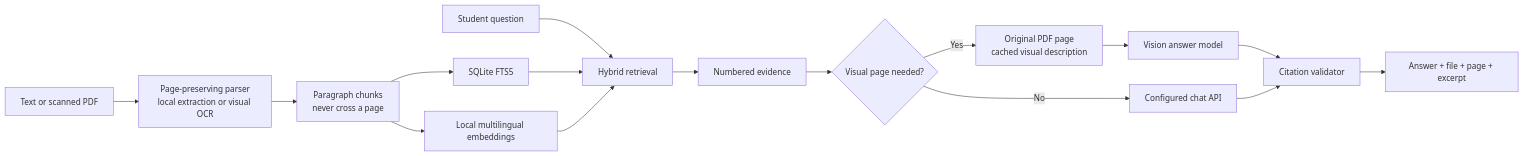
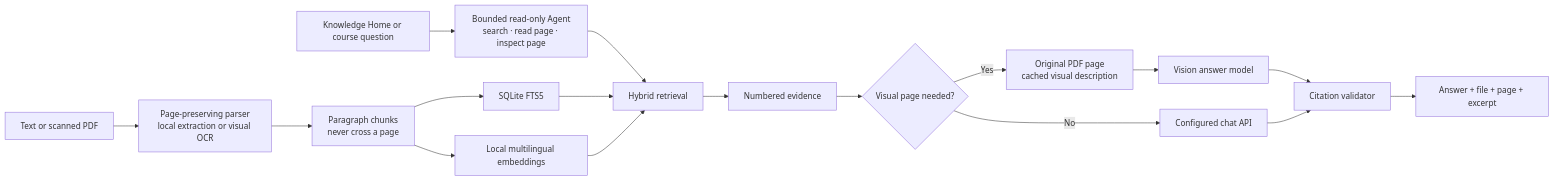
Before and after one commit to kenlau5678/CiteMind: the diagram in README.md, drawn with Mermaid. The commit also changed other lines of this file and 17 other files, not shown here.

Commit message:
Add cross-course knowledge agent

````diff
--- a/README.md
+++ b/README.md
@@ -76,18 +78,19 @@
 ```mermaid
 flowchart LR
     PDF["Text or scanned PDF"] --> Parse["Page-preserving parser<br/>local extraction or visual OCR"]
     Parse --> Chunks["Paragraph chunks<br/>never cross a page"]
     Chunks --> FTS["SQLite FTS5"]
     Chunks --> Local["Local multilingual embeddings"]
-    Q["Student question"] --> Hybrid["Hybrid retrieval"]
+    Q["Knowledge Home or course question"] --> Agent["Bounded read-only Agent<br/>search · read page · inspect page"]
+    Agent --> Hybrid["Hybrid retrieval"]
     FTS --> Hybrid
     Local --> Hybrid
     Hybrid --> Evidence["Numbered evidence"]
     Evidence --> Visual{"Visual page needed?"}
     Visual -->|No| LLM["Configured chat API"]
     Visual -->|Yes| Page["Original PDF page<br/>cached visual description"]
     Page --> Vision["Vision answer model"]
     Vision --> Gate
     LLM --> Gate["Citation validator"]
     Gate --> UI["Answer + file + page + excerpt"]
 ```
````
